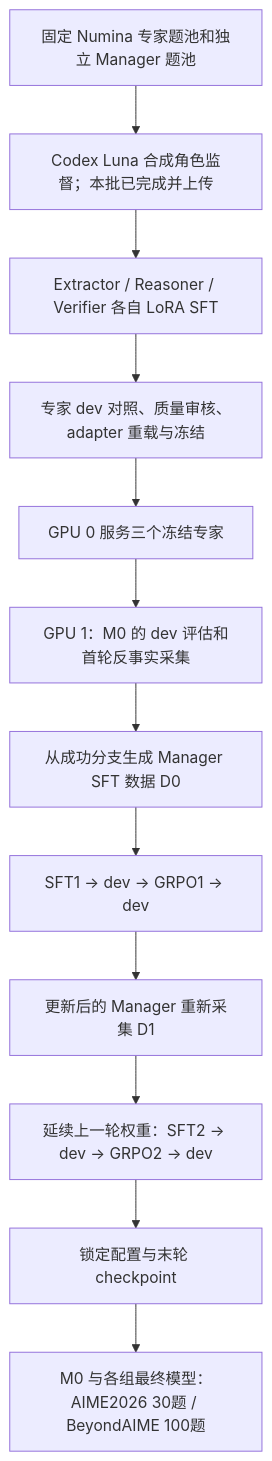
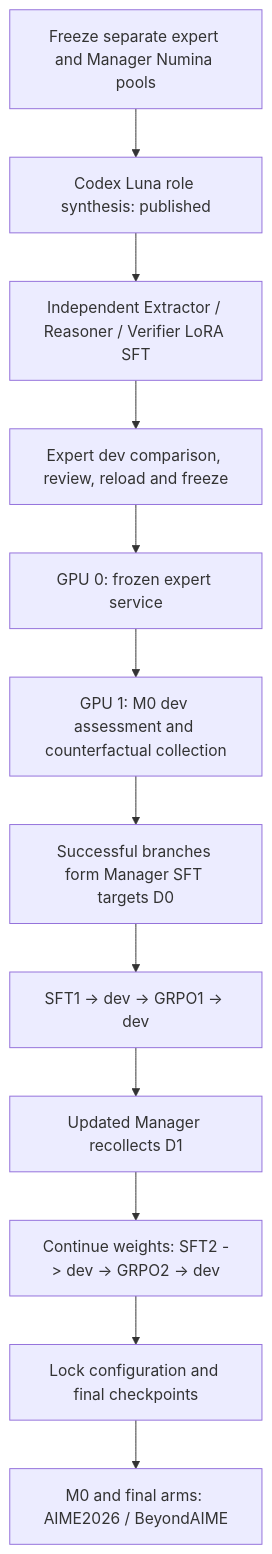
The diagram in agent_routing/docs/MARGENT_END_TO_END_RUNBOOK.md (Candy26i/9.30), drawn with Mermaid before and after one commit. The commit also changed other lines of this file and 25 other files, not shown here.

````diff
--- a/agent_routing/docs/MARGENT_END_TO_END_RUNBOOK.md
+++ b/agent_routing/docs/MARGENT_END_TO_END_RUNBOOK.md
@@ -9,14 +18,14 @@
 ```mermaid
 flowchart TD
-  A[固定 Numina 专家题池和独立 Manager 题池] --> B[Codex Luna 合成角色监督；本批已完成并上传]
-  B --> C[Extractor / Reasoner / Verifier 各自 LoRA SFT]
-  C --> D[专家 dev 对照、质量审核、adapter 重载与冻结]
-  D --> E[GPU 0 服务三个冻结专家]
-  E --> F[GPU 1：M0 的 dev 评估和首轮反事实采集]
-  F --> G[从成功分支生成 Manager SFT 数据 D0]
-  G --> H[SFT1 → dev → GRPO1 → dev]
-  H --> I[更新后的 Manager 重新采集 D1]
-  I --> J[延续上一轮权重：SFT2 → dev → GRPO2 → dev]
-  J --> K[锁定配置与末轮 checkpoint]
-  K --> L[M0 与各组最终模型：AIME2026 30题 / BeyondAIME 100题]
+  A[Freeze separate expert and Manager Numina pools] --> B[Codex Luna role synthesis: published]
+  B --> C[Independent Extractor / Reasoner / Verifier LoRA SFT]
+  C --> D[Expert dev comparison, review, reload and freeze]
+  D --> E[GPU 0: frozen expert service]
+  E --> F[GPU 1: M0 dev assessment and counterfactual collection]
+  F --> G[Successful branches form Manager SFT targets D0]
+  G --> H[SFT1 -> dev -> GRPO1 -> dev]
+  H --> I[Updated Manager recollects D1]
+  I --> J[Continue weights: SFT2 -> dev -> GRPO2 -> dev]
+  J --> K[Lock configuration and final checkpoints]
+  K --> L[M0 and final arms: AIME2026 / BeyondAIME]
 ```
````
